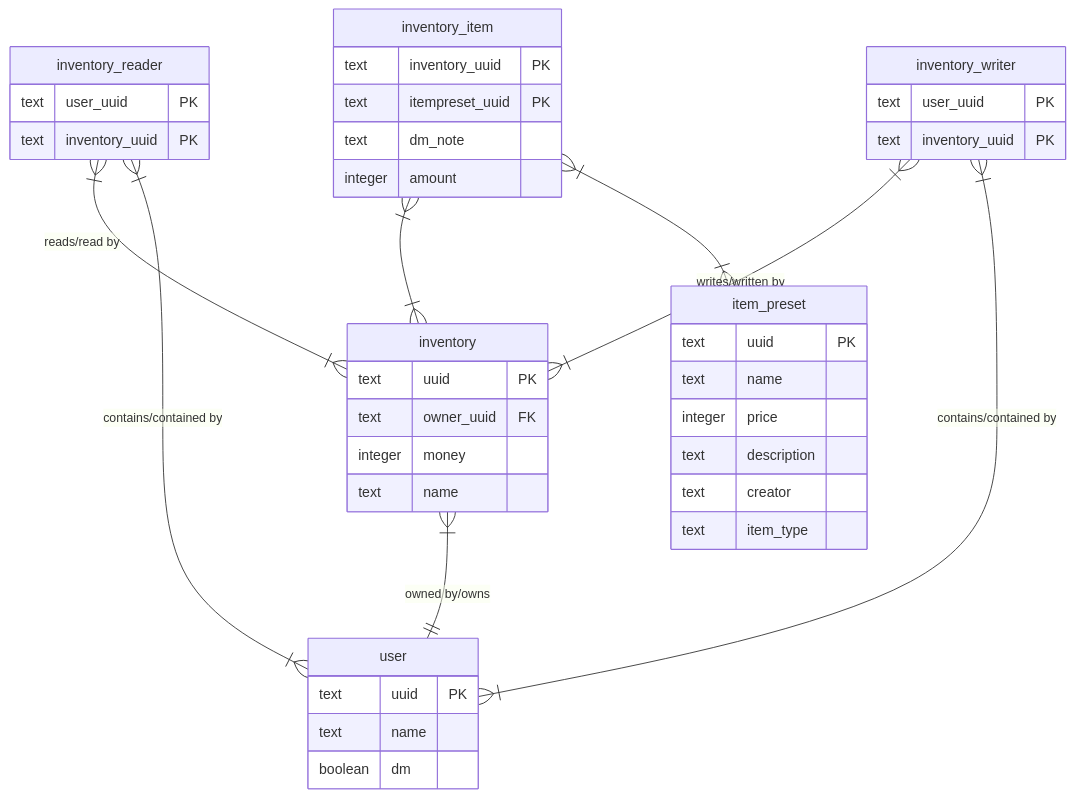
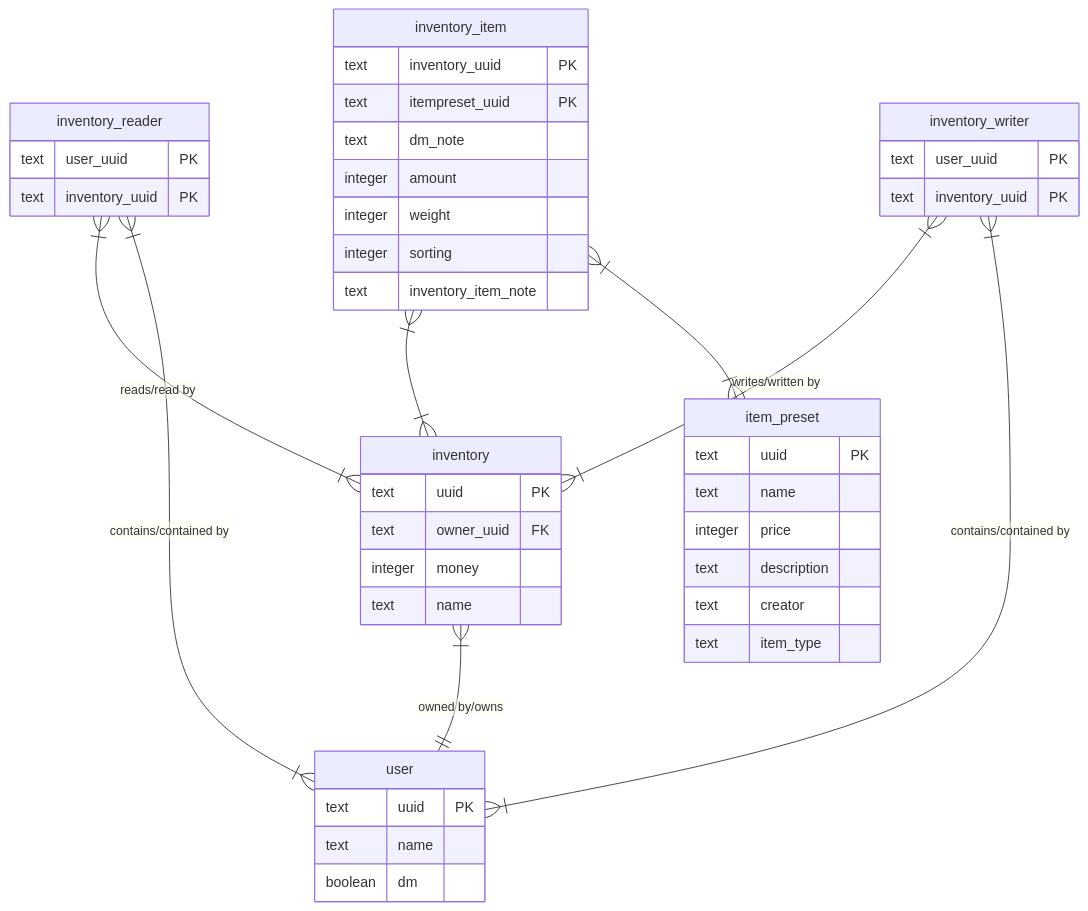
The second of 2 diagrams in README.md (NamelessGroup/InventarWerk), drawn with Mermaid before and after one commit. The commit also changed other lines of this file and 6 other files, not shown here.

Commit message:
added sorting, weight and inventory item note

````diff
--- a/README.md
+++ b/README.md
@@ -260,51 +266,54 @@
 ```mermaid
 
 erDiagram
     inventory 1+--1 user: "owned by/owns"
     
     inventory {
         text uuid PK
         text owner_uuid FK
         integer money
         text name
     }
 
     inventory_reader 1+--1+ inventory: "reads/read by"
     inventory_reader 1+--1+ user: "contains/contained by"
 
     inventory_reader {
         text user_uuid PK
         text inventory_uuid PK
     }
     
     inventory_writer 1+--1+ inventory: "writes/written by"
     inventory_writer 1+--1+ user: "contains/contained by"
 
     inventory_writer {
         text user_uuid PK
         text inventory_uuid PK
     }
 
 
     item_preset {
         text uuid PK
         text name
         integer price
         text description
         text creator
         text item_type
     }
     user {
         text uuid PK
         text name
         boolean dm
     }
     inventory_item 1+--1+ inventory: ""
     inventory_item 1+--1+ item_preset: ""
     inventory_item {
         text inventory_uuid PK
         text itempreset_uuid PK
         text dm_note
         integer amount
+        integer weight
+        integer sorting
+        text inventory_item_note
     }
 ```
````
